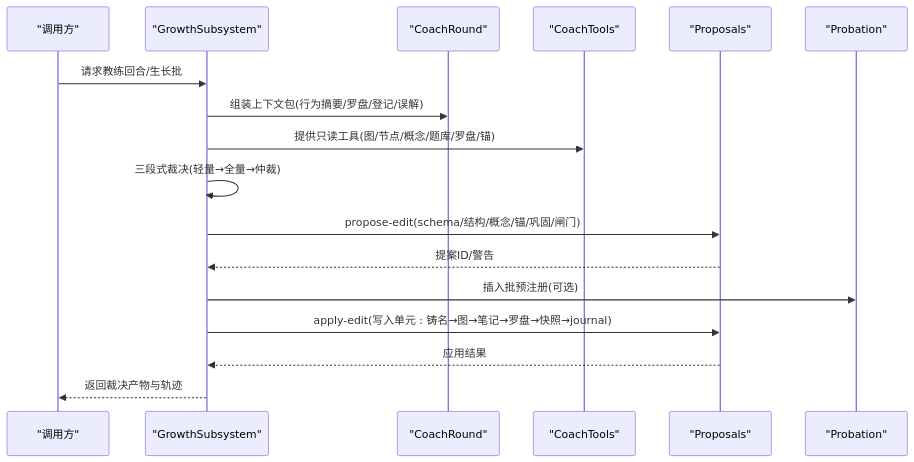
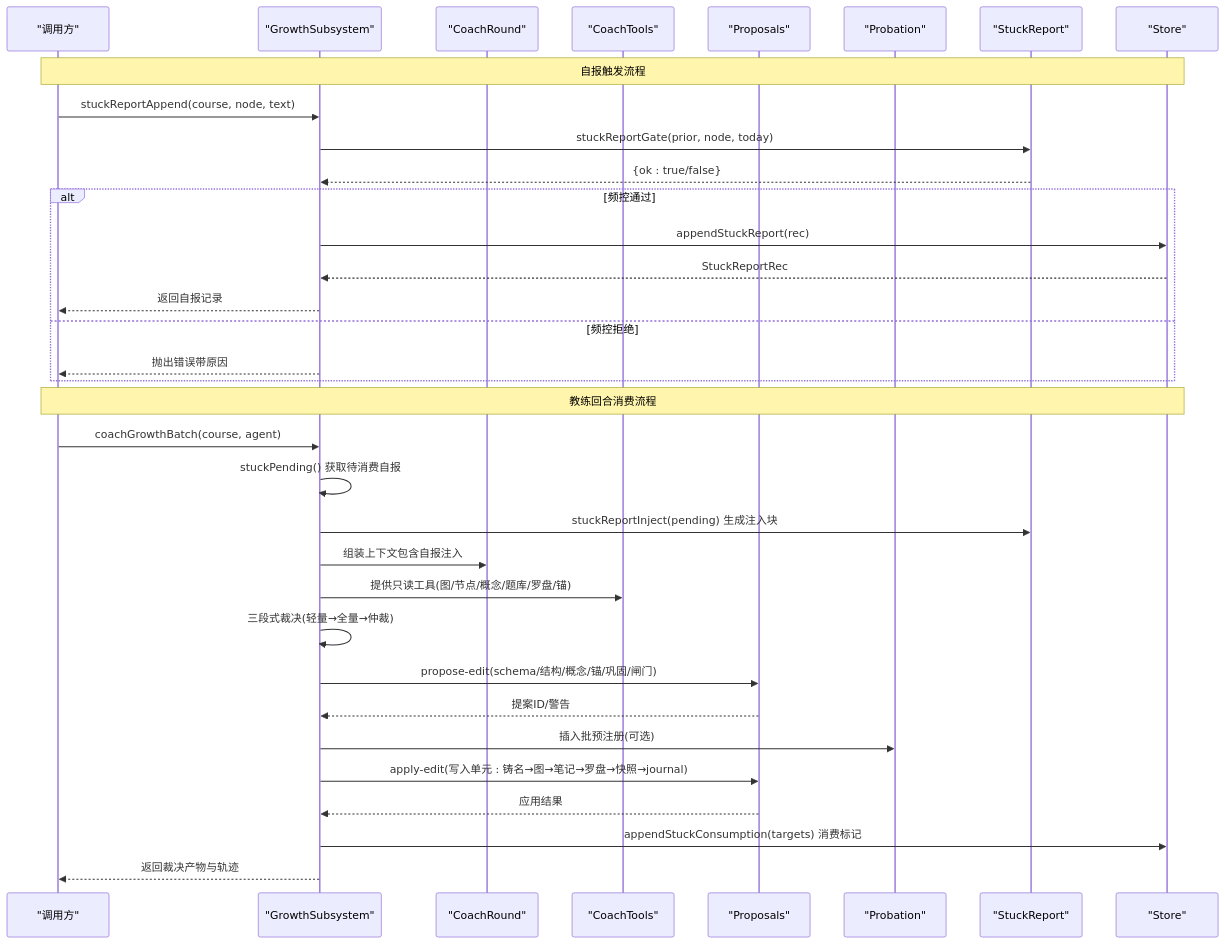
Before and after one commit to maozhijie/learnhub-plugin: the second of 9 diagrams in .qoder/repowiki/zh/content/引擎核心/子系统架构/成长子系统.md, drawn with Mermaid. The commit also changed other lines of this file and 8 other files, not shown here.

````diff
--- a/.qoder/repowiki/zh/content/引擎核心/子系统架构/成长子系统.md
+++ b/.qoder/repowiki/zh/content/引擎核心/子系统架构/成长子系统.md
@@ -105,19 +128,36 @@
 ```mermaid
 sequenceDiagram
 participant UI as "调用方"
 participant GS as "GrowthSubsystem"
 participant CR as "CoachRound"
 participant CT as "CoachTools"
 participant PR as "Proposals"
 participant PB as "Probation"
-UI->>GS : 请求教练回合/生长批
-GS->>CR : 组装上下文包(行为摘要/罗盘/登记/误解)
+participant SR as "StuckReport"
+participant ST as "Store"
+Note over UI,ST : 自报触发流程
+UI->>GS : stuckReportAppend(course, node, text)
+GS->>SR : stuckReportGate(prior, node, today)
+SR-->>GS : {ok : true/false}
+alt 频控通过
+GS->>ST : appendStuckReport(rec)
+ST-->>GS : StuckReportRec
+GS-->>UI : 返回自报记录
+else 频控拒绝
+GS-->>UI : 抛出错误带原因
+end
+Note over UI,ST : 教练回合消费流程
+UI->>GS : coachGrowthBatch(course, agent)
+GS->>GS : stuckPending() 获取待消费自报
+GS->>SR : stuckReportInject(pending) 生成注入块
+GS->>CR : 组装上下文包含自报注入
 GS->>CT : 提供只读工具(图/节点/概念/题库/罗盘/锚)
 GS->>GS : 三段式裁决(轻量→全量→仲裁)
 GS->>PR : propose-edit(schema/结构/概念/锚/巩固/闸门)
 PR-->>GS : 提案ID/警告
 GS->>PB : 插入批预注册(可选)
 GS->>PR : apply-edit(写入单元 : 铸名→图→笔记→罗盘→快照→journal)
 PR-->>GS : 应用结果
+GS->>ST : appendStuckConsumption(targets) 消费标记
 GS-->>UI : 返回裁决产物与轨迹
 ```
````
